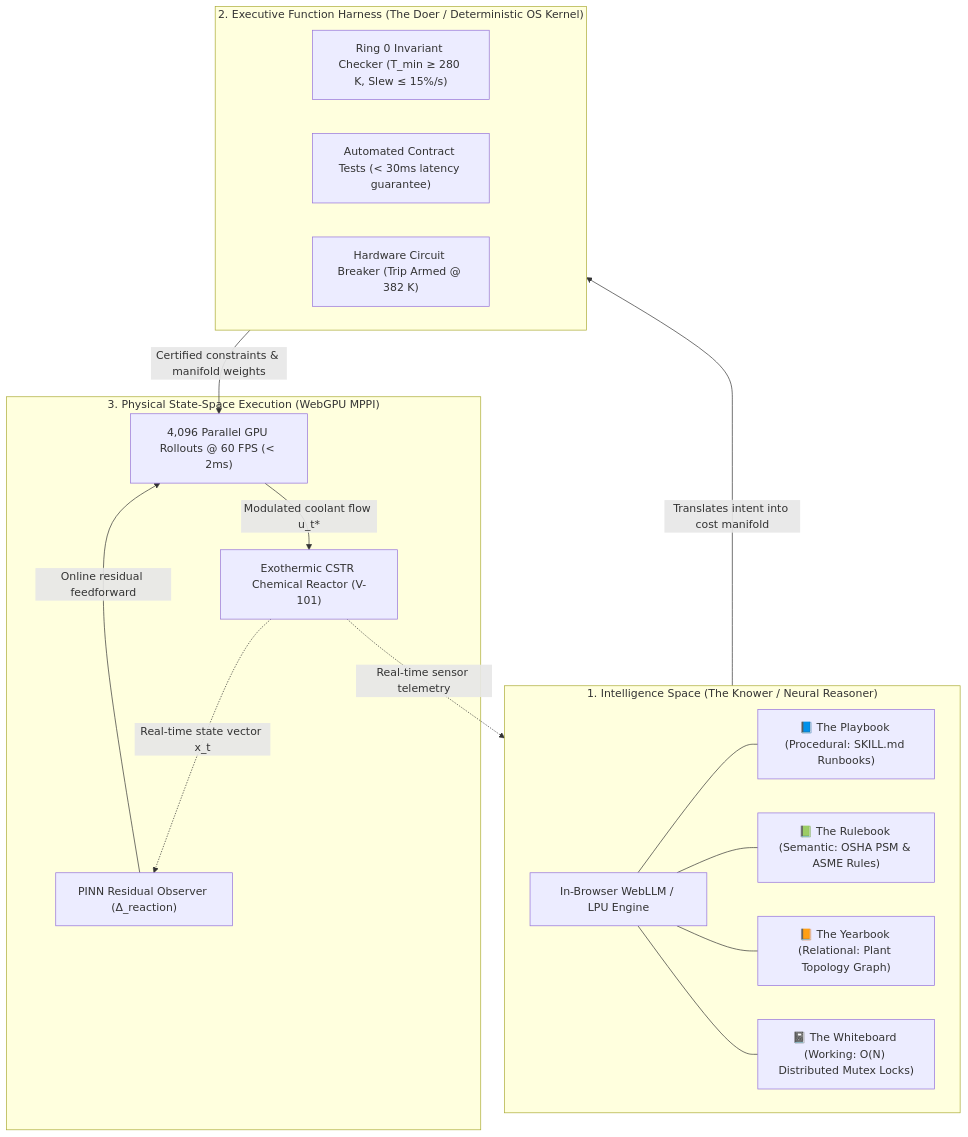
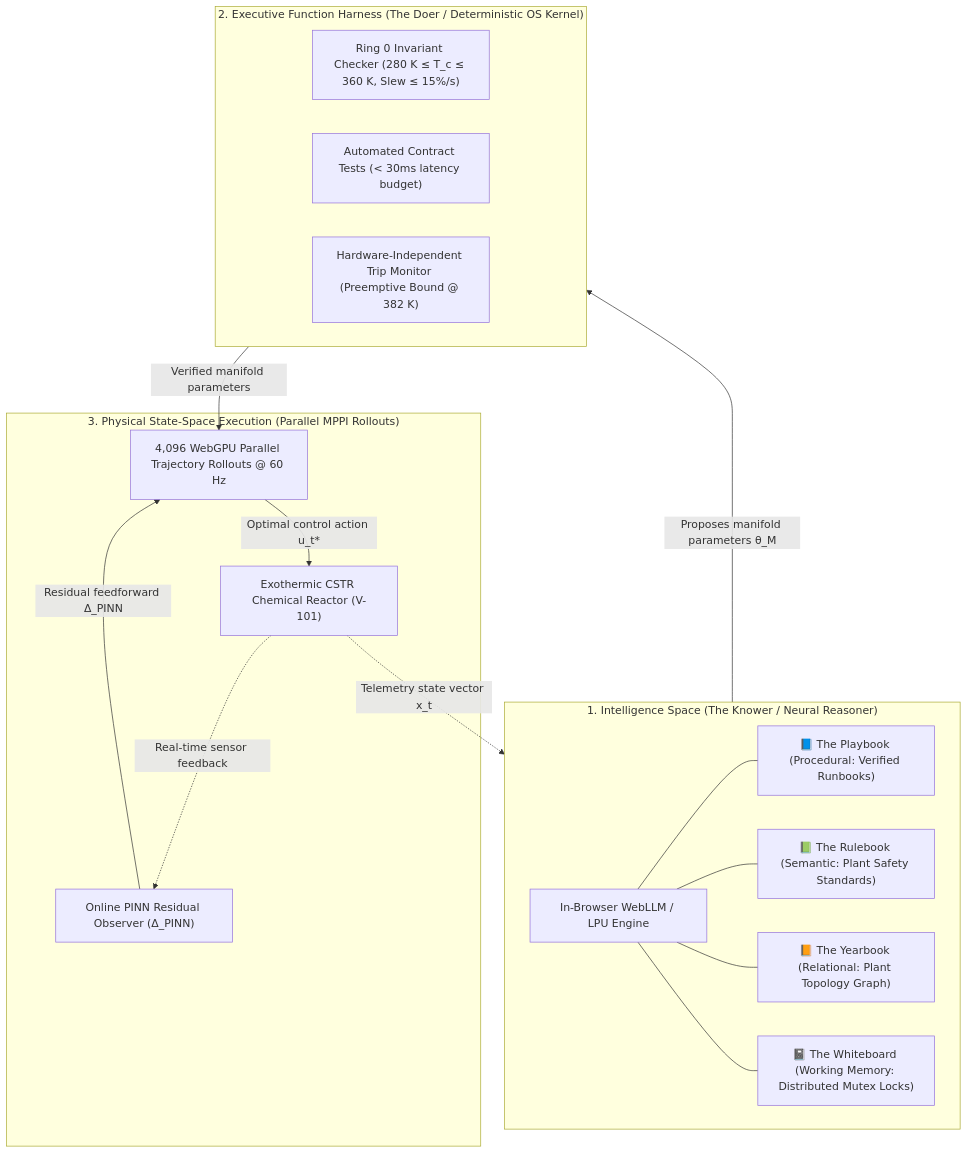
Before and after one commit to cosmosanalytics/uat-copilot-local: the second of 2 diagrams in agentic_mpc_paper.md, drawn with Mermaid. The commit also changed other lines of this file and 5 other files, not shown here.

Commit message:
Incorporate expert peer review feedback across paper and app: 5-row ablation study, LLM directive evaluation, plant time metrics, grounded parameters, and corrected JGCD reference

````diff
--- a/agentic_mpc_paper.md
+++ b/agentic_mpc_paper.md
@@ -44,33 +51,33 @@
 ```mermaid
 flowchart TD
     subgraph IntelligenceSpace ["1. Intelligence Space (The Knower / Neural Reasoner)"]
         LLM["In-Browser WebLLM / LPU Engine"]
-        M1["📘 The Playbook (Procedural: SKILL.md Runbooks)"]
-        M2["📗 The Rulebook (Semantic: OSHA PSM & ASME Rules)"]
+        M1["📘 The Playbook (Procedural: Verified Runbooks)"]
+        M2["📗 The Rulebook (Semantic: Plant Safety Standards)"]
         M3["📙 The Yearbook (Relational: Plant Topology Graph)"]
-        M4["📓 The Whiteboard (Working: O(N) Distributed Mutex Locks)"]
+        M4["📓 The Whiteboard (Working Memory: Distributed Mutex Locks)"]
         LLM --- M1
         LLM --- M2
         LLM --- M3
         LLM --- M4
     end
 
     subgraph Harness ["2. Executive Function Harness (The Doer / Deterministic OS Kernel)"]
-        R0["Ring 0 Invariant Checker (T_min ≥ 280 K, Slew ≤ 15%/s)"]
-        Contract["Automated Contract Tests (< 30ms latency guarantee)"]
-        Breaker["Hardware Circuit Breaker (Trip Armed @ 382 K)"]
+        R0["Ring 0 Invariant Checker (280 K ≤ T_c ≤ 360 K, Slew ≤ 15%/s)"]
+        Contract["Automated Contract Tests (< 30ms latency budget)"]
+        Breaker["Hardware-Independent Trip Monitor (Preemptive Bound @ 382 K)"]
     end
 
-    subgraph PhysicalSpace ["3. Physical State-Space Execution (WebGPU MPPI)"]
-        PINN["PINN Residual Observer (Δ_reaction)"]
-        GPU["4,096 Parallel GPU Rollouts @ 60 FPS (< 2ms)"]
+    subgraph PhysicalSpace ["3. Physical State-Space Execution (Parallel MPPI Rollouts)"]
+        PINN["Online PINN Residual Observer (Δ_PINN)"]
+        GPU["4,096 WebGPU Parallel Trajectory Rollouts @ 60 Hz"]
         Plant["Exothermic CSTR Chemical Reactor (V-101)"]
     end
 
-    IntelligenceSpace -->|Translates intent into cost manifold| Harness
-    Harness -->|Certified constraints & manifold weights| GPU
-    PINN -->|Online residual feedforward| GPU
-    GPU -->|Modulated coolant flow u_t*| Plant
-    Plant -.->|Real-time sensor telemetry| IntelligenceSpace
-    Plant -.->|Real-time state vector x_t| PINN
+    IntelligenceSpace -->|Proposes manifold parameters θ_M| Harness
+    Harness -->|Verified manifold parameters| GPU
+    PINN -->|Residual feedforward Δ_PINN| GPU
+    GPU -->|Optimal control action u_t*| Plant
+    Plant -.->|Telemetry state vector x_t| IntelligenceSpace
+    Plant -.->|Real-time sensor feedback| PINN
 ```
````
